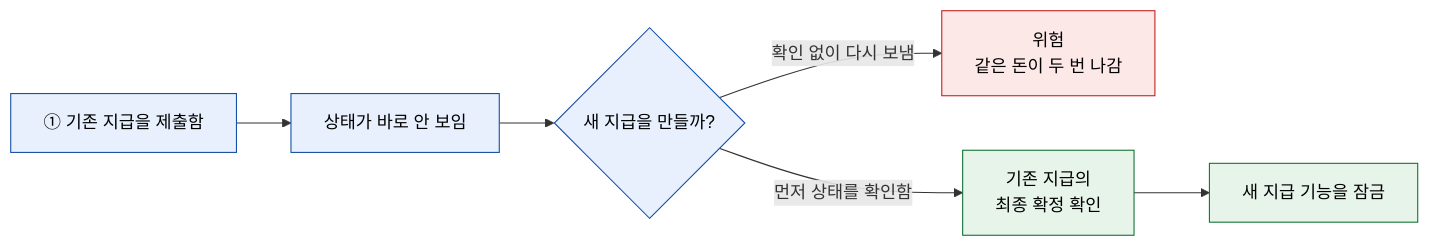
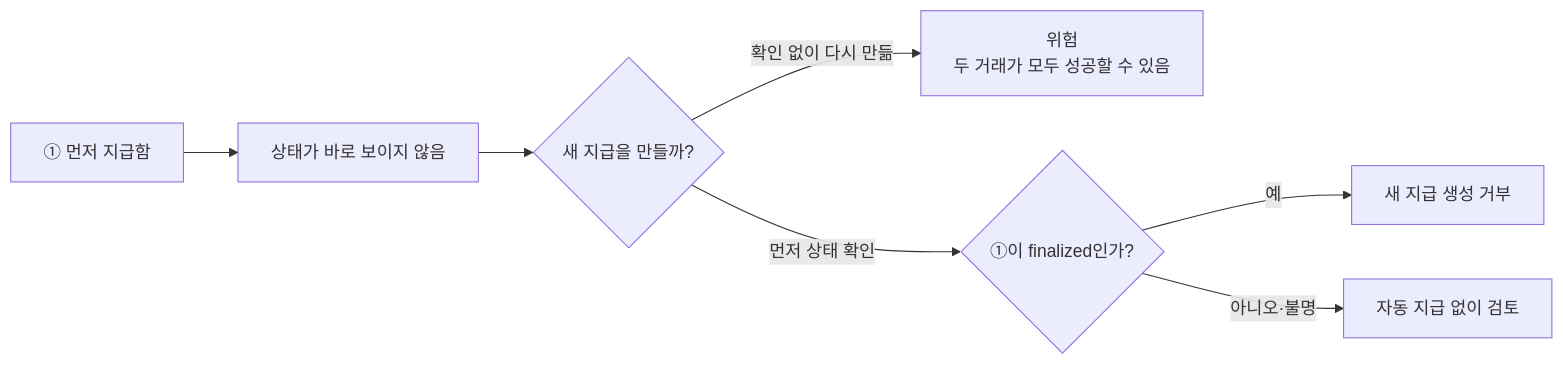
One commit to procloudkim/2026-Solana-Google changed the first of 6 diagrams in research/decision-report/rpc-rescue-middle-school-visual-guide.md. Above: the diagram before and after it, drawn with Mermaid. The commit also changed other lines of this file and 75 other files, not shown here.

````diff
--- a/research/decision-report/rpc-rescue-middle-school-visual-guide.md
+++ b/research/decision-report/rpc-rescue-middle-school-visual-guide.md
@@ -63,15 +33,9 @@
 ```mermaid
 flowchart LR
-    A["① 기존 지급을 제출함"] --> B["상태가 바로 안 보임"]
+    A["① 먼저 지급함"] --> B["상태가 바로 보이지 않음"]
     B --> C{"새 지급을 만들까?"}
-    C -->|확인 없이 다시 보냄| D["위험<br/>같은 돈이 두 번 나감"]
-    C -->|먼저 상태를 확인함| E["기존 지급의<br/>최종 확정 확인"]
-    E --> F["새 지급 기능을 잠금"]
-
-    classDef target fill:#E8F0FE,stroke:#174EA6,color:#000
-    classDef danger fill:#FCE8E6,stroke:#C5221F,color:#000
-    classDef safe fill:#E6F4EA,stroke:#137333,color:#000
-    class A,B,C target
-    class D danger
-    class E,F safe
+    C -->|확인 없이 다시 만듦| D["위험<br/>두 거래가 모두 성공할 수 있음"]
+    C -->|먼저 상태 확인| E{"①이 finalized인가?"}
+    E -->|예| F["새 지급 생성 거부"]
+    E -->|아니오·불명| G["자동 지급 없이 검토"]
 ```
````
